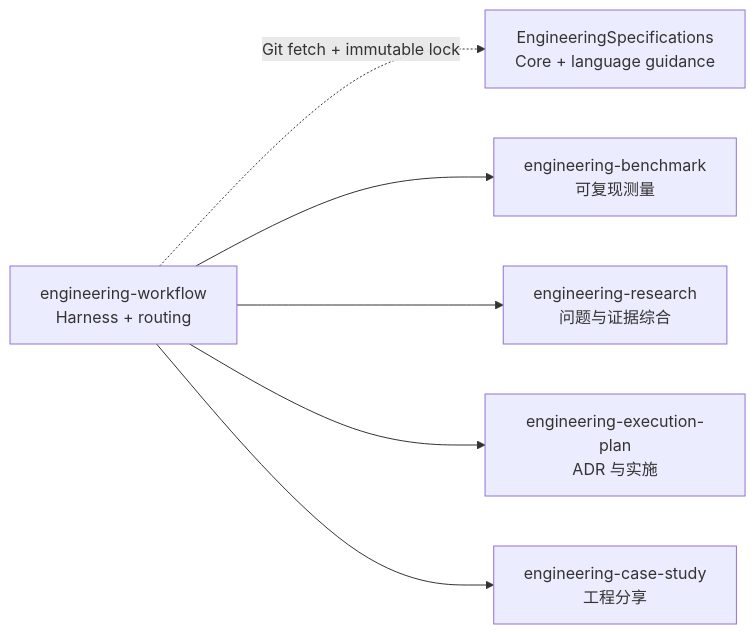
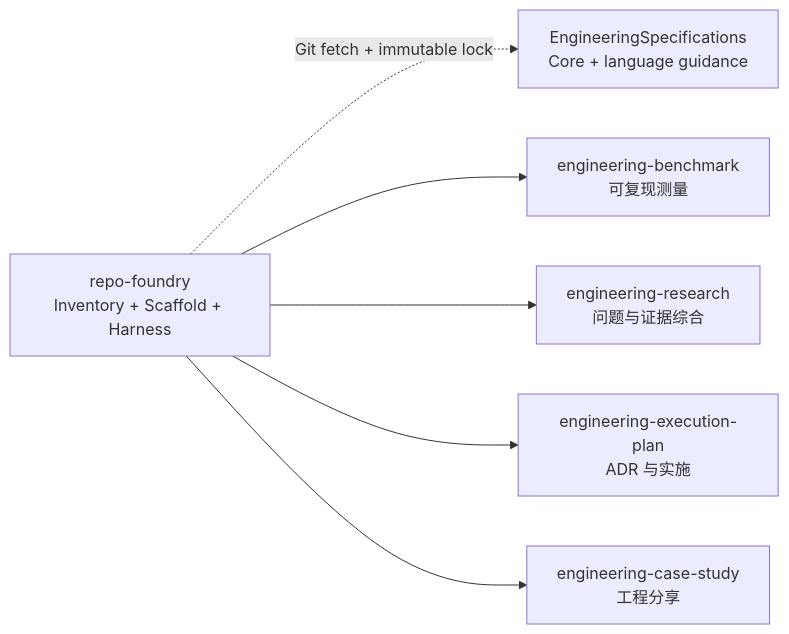
The diagram in SKILL.md (XiaoWeiKIN/RepoFoundryAI), drawn with Mermaid before and after one commit. The commit also changed other lines of this file and 36 other files, not shown here.

Commit message:
feat: rebrand project as RepoFoundry AI

````diff
--- a/SKILL.md
+++ b/SKILL.md
@@ -13,9 +13,9 @@
 ```mermaid
 flowchart LR
-    W["engineering-workflow<br/>Harness + routing"]
+    W["repo-foundry<br/>Inventory + Scaffold + Harness"]
     W -.->|"Git fetch + immutable lock"| S["EngineeringSpecifications<br/>Core + language guidance"]
     W --> B["engineering-benchmark<br/>可复现测量"]
     W --> R["engineering-research<br/>问题与证据综合"]
     W --> E["engineering-execution-plan<br/>ADR 与实施"]
     W --> C["engineering-case-study<br/>工程分享"]
 ```
````
